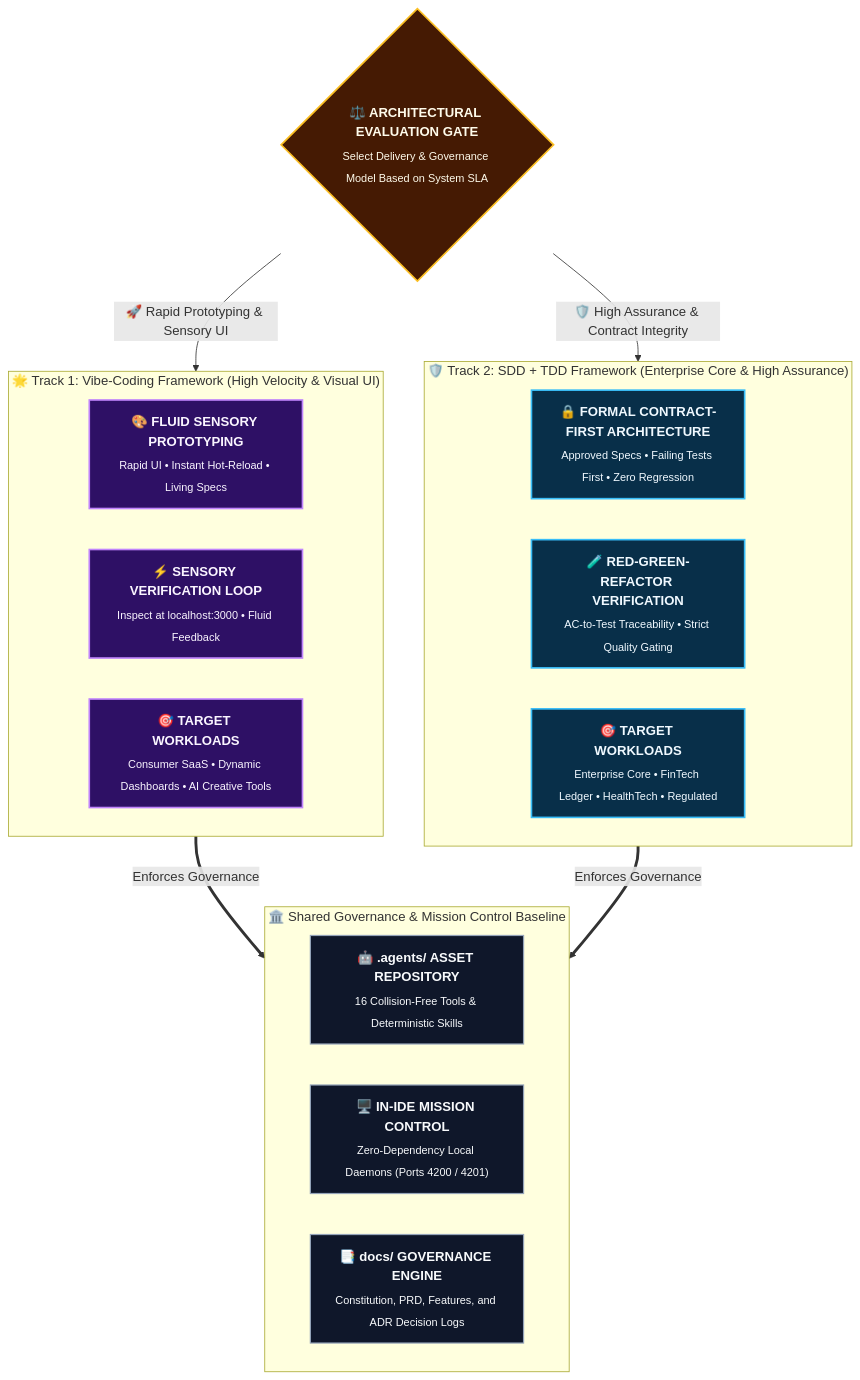
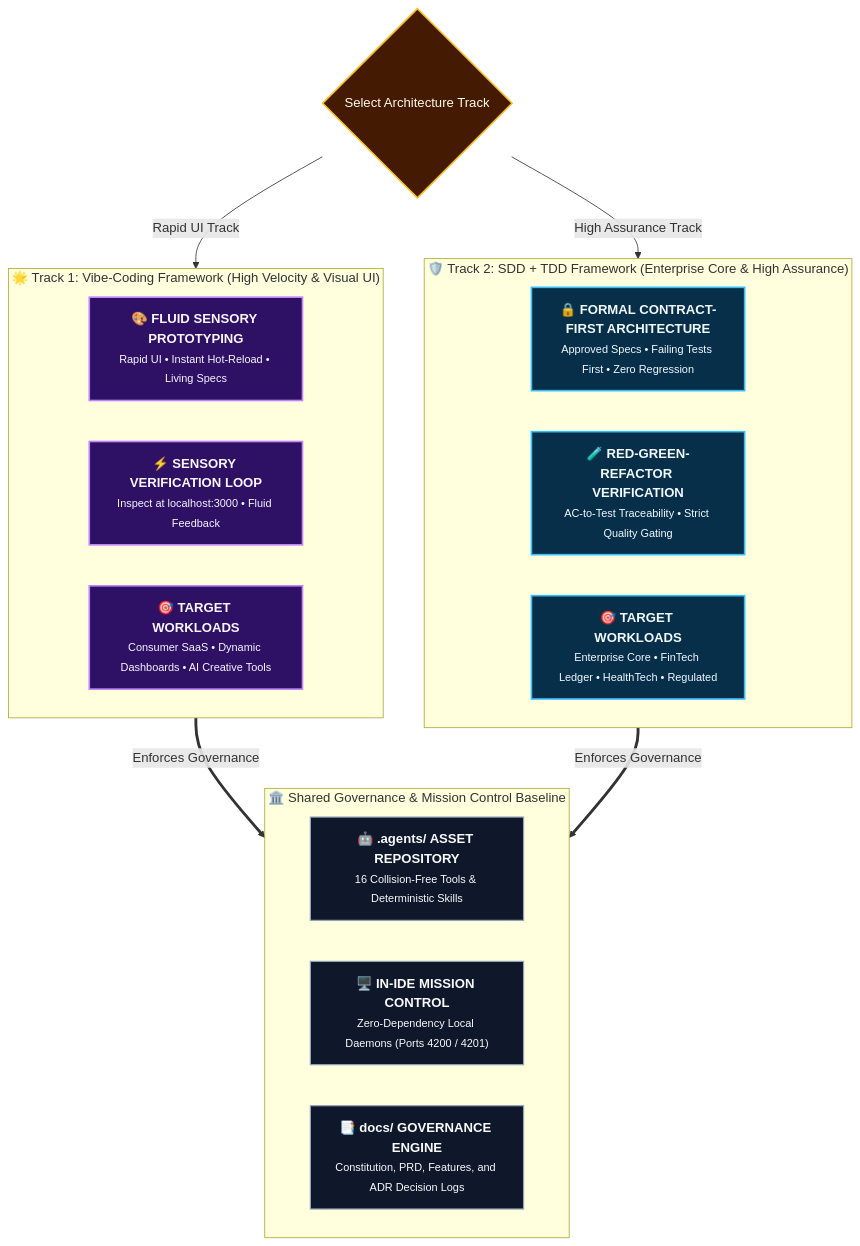
The first of 6 diagrams in README.md (rmsofficialsyt/Agentic-AI-Vibe-Coding-AND-SDD-TDD-Codebase-Chandan-Adhikary), drawn with Mermaid before and after one commit. The commit also changed other lines of this file and 27 other files, not shown here.

Commit message:
docs: resolve text overlap and scattering across all diagrams via semantic typography and layout contracts

````diff
--- a/README.md
+++ b/README.md
@@ -25,33 +25,33 @@
 ```mermaid
 flowchart TD
     classDef gate fill:#451a03,stroke:#fbbf24,stroke-width:2px,color:#fffbeb;
     classDef vibe fill:#2e1065,stroke:#c084fc,stroke-width:2px,color:#faf5ff;
     classDef sdd fill:#082f49,stroke:#38bdf8,stroke-width:2px,color:#f0f9ff;
     classDef core fill:#0f172a,stroke:#94a3b8,stroke-width:1.5px,color:#f8fafc;
 
-    Choice{"<b>⚖️ ARCHITECTURAL EVALUATION GATE</b><br/><sub>Select Delivery & Governance Model Based on System SLA</sub>"}:::gate
+    Choice{"Select Architecture Track"}:::gate
 
     subgraph Track1 ["🌟 Track 1: Vibe-Coding Framework (High Velocity & Visual UI)"]
-        VibeCore["<b>🎨 FLUID SENSORY PROTOTYPING</b><br/><sub>Rapid UI • Instant Hot-Reload • Living Specs</sub>"]:::vibe
-        VibeSpeed["<b>⚡ SENSORY VERIFICATION LOOP</b><br/><sub>Inspect at localhost:3000 • Fluid Feedback</sub>"]:::vibe
-        VibeScope["<b>🎯 TARGET WORKLOADS</b><br/><sub>Consumer SaaS • Dynamic Dashboards • AI Creative Tools</sub>"]:::vibe
+        VibeCore["<b>🎨 FLUID SENSORY PROTOTYPING</b><br/><small>Rapid UI • Instant Hot-Reload • Living Specs</small>"]:::vibe
+        VibeSpeed["<b>⚡ SENSORY VERIFICATION LOOP</b><br/><small>Inspect at localhost:3000 • Fluid Feedback</small>"]:::vibe
+        VibeScope["<b>🎯 TARGET WORKLOADS</b><br/><small>Consumer SaaS • Dynamic Dashboards • AI Creative Tools</small>"]:::vibe
     end
 
     subgraph Track2 ["🛡️ Track 2: SDD + TDD Framework (Enterprise Core & High Assurance)"]
-        SDDCore["<b>🔒 FORMAL CONTRACT-FIRST ARCHITECTURE</b><br/><sub>Approved Specs • Failing Tests First • Zero Regression</sub>"]:::sdd
-        SDDRigor["<b>🧪 RED-GREEN-REFACTOR VERIFICATION</b><br/><sub>AC-to-Test Traceability • Strict Quality Gating</sub>"]:::sdd
-        SDDBestFor["<b>🎯 TARGET WORKLOADS</b><br/><sub>Enterprise Core • FinTech Ledger • HealthTech • Regulated</sub>"]:::sdd
+        SDDCore["<b>🔒 FORMAL CONTRACT-FIRST ARCHITECTURE</b><br/><small>Approved Specs • Failing Tests First • Zero Regression</small>"]:::sdd
+        SDDRigor["<b>🧪 RED-GREEN-REFACTOR VERIFICATION</b><br/><small>AC-to-Test Traceability • Strict Quality Gating</small>"]:::sdd
+        SDDBestFor["<b>🎯 TARGET WORKLOADS</b><br/><small>Enterprise Core • FinTech Ledger • HealthTech • Regulated</small>"]:::sdd
     end
 
     subgraph SharedCore ["🏛️ Shared Governance & Mission Control Baseline"]
-        AgentEngine["<b>🤖 .agents/ ASSET REPOSITORY</b><br/><sub>16 Collision-Free Tools & Deterministic Skills</sub>"]:::core
-        DashboardEngine["<b>🖥️ IN-IDE MISSION CONTROL</b><br/><sub>Zero-Dependency Local Daemons (Ports 4200 / 4201)</sub>"]:::core
-        DocGovernance["<b>📑 docs/ GOVERNANCE ENGINE</b><br/><sub>Constitution, PRD, Features, and ADR Decision Logs</sub>"]:::core
+        AgentEngine["<b>🤖 .agents/ ASSET REPOSITORY</b><br/><small>16 Collision-Free Tools & Deterministic Skills</small>"]:::core
+        DashboardEngine["<b>🖥️ IN-IDE MISSION CONTROL</b><br/><small>Zero-Dependency Local Daemons (Ports 4200 / 4201)</small>"]:::core
+        DocGovernance["<b>📑 docs/ GOVERNANCE ENGINE</b><br/><small>Constitution, PRD, Features, and ADR Decision Logs</small>"]:::core
     end
 
-    Choice -->|"🚀 Rapid Prototyping & Sensory UI"| Track1
-    Choice -->|"🛡️ High Assurance & Contract Integrity"| Track2
+    Choice -->|"Rapid UI Track"| Track1
+    Choice -->|"High Assurance Track"| Track2
 
     Track1 ==>|"Enforces Governance"| SharedCore
     Track2 ==>|"Enforces Governance"| SharedCore
 ```
````
